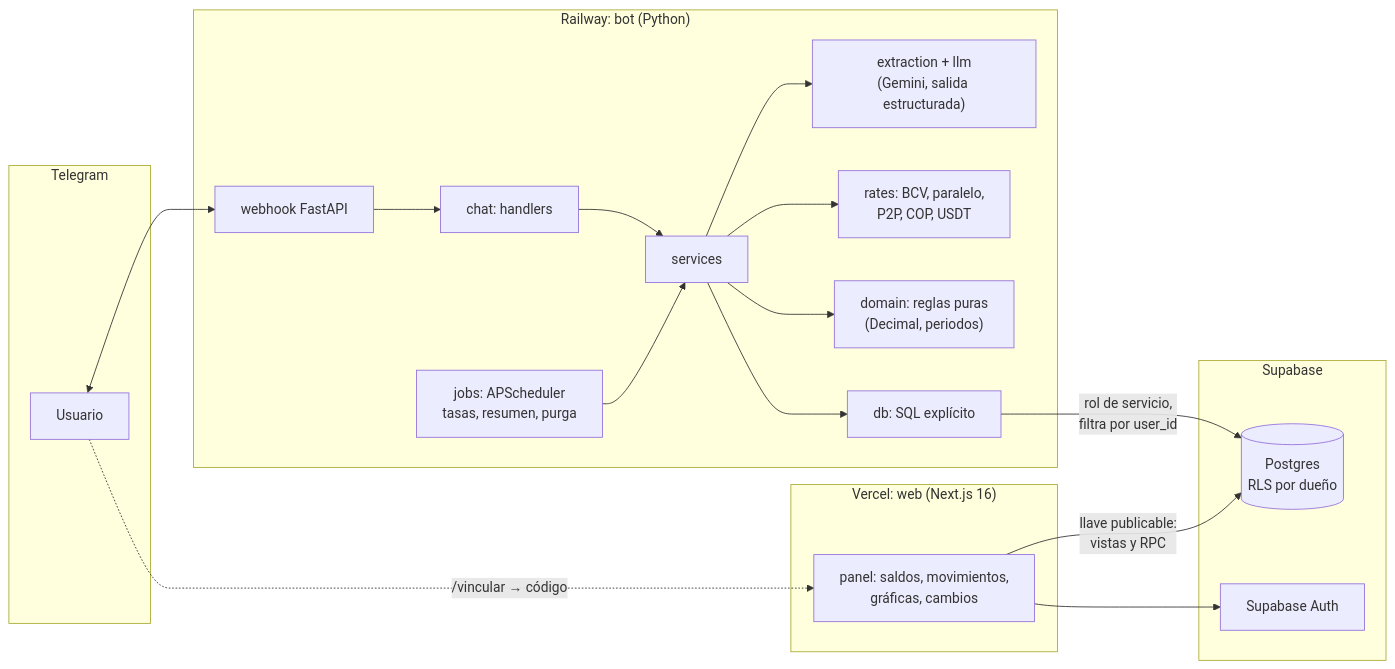
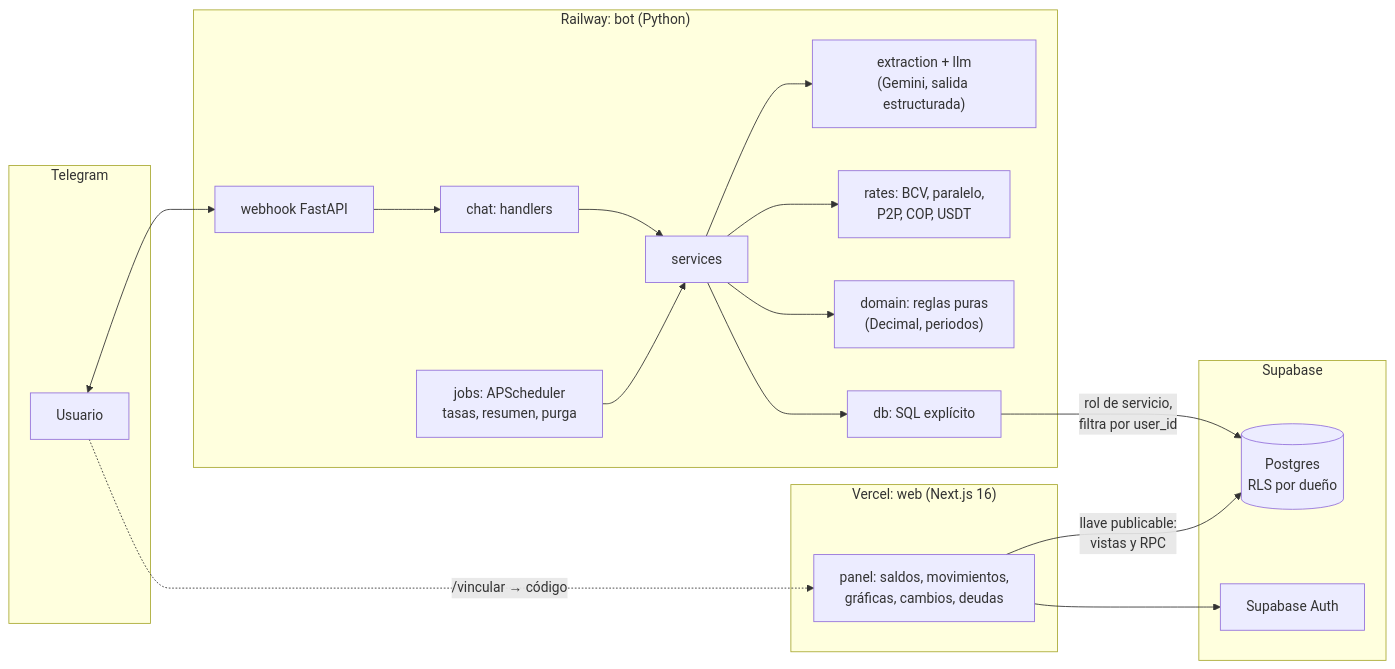
The diagram in README.md (FranklyBautista/asistente-gastos-multimoneda), drawn with Mermaid before and after one commit. The commit also changed other lines of this file and 41 other files, not shown here.

First line of the commit message:
feat: seguimiento de deudas por chat y en la web (Fase 11)

````diff
--- a/README.md
+++ b/README.md
@@ -37,27 +38,27 @@
 ```mermaid
 flowchart LR
   subgraph Telegram
     U["Usuario"]
   end
   subgraph Railway["Railway: bot (Python)"]
     WH["webhook FastAPI"] --> H["chat: handlers"]
     H --> S["services"]
     J["jobs: APScheduler<br/>tasas, resumen, purga"] --> S
     S --> X["extraction + llm<br/>(Gemini, salida estructurada)"]
     S --> R["rates: BCV, paralelo,<br/>P2P, COP, USDT"]
     S --> DOM["domain: reglas puras<br/>(Decimal, periodos)"]
     S --> D["db: SQL explícito"]
   end
   subgraph Supabase
     PG[("Postgres<br/>RLS por dueño")]
     AUTH["Supabase Auth"]
   end
   subgraph Vercel["Vercel: web (Next.js 16)"]
-    WEB["panel: saldos, movimientos,<br/>gráficas, cambios"]
+    WEB["panel: saldos, movimientos,<br/>gráficas, cambios, deudas"]
   end
   U <--> WH
   D -- "rol de servicio,<br/>filtra por user_id" --> PG
   WEB -- "llave publicable:<br/>vistas y RPC" --> PG
   WEB --> AUTH
   U -. "/vincular → código" .-> WEB
 ```
````
